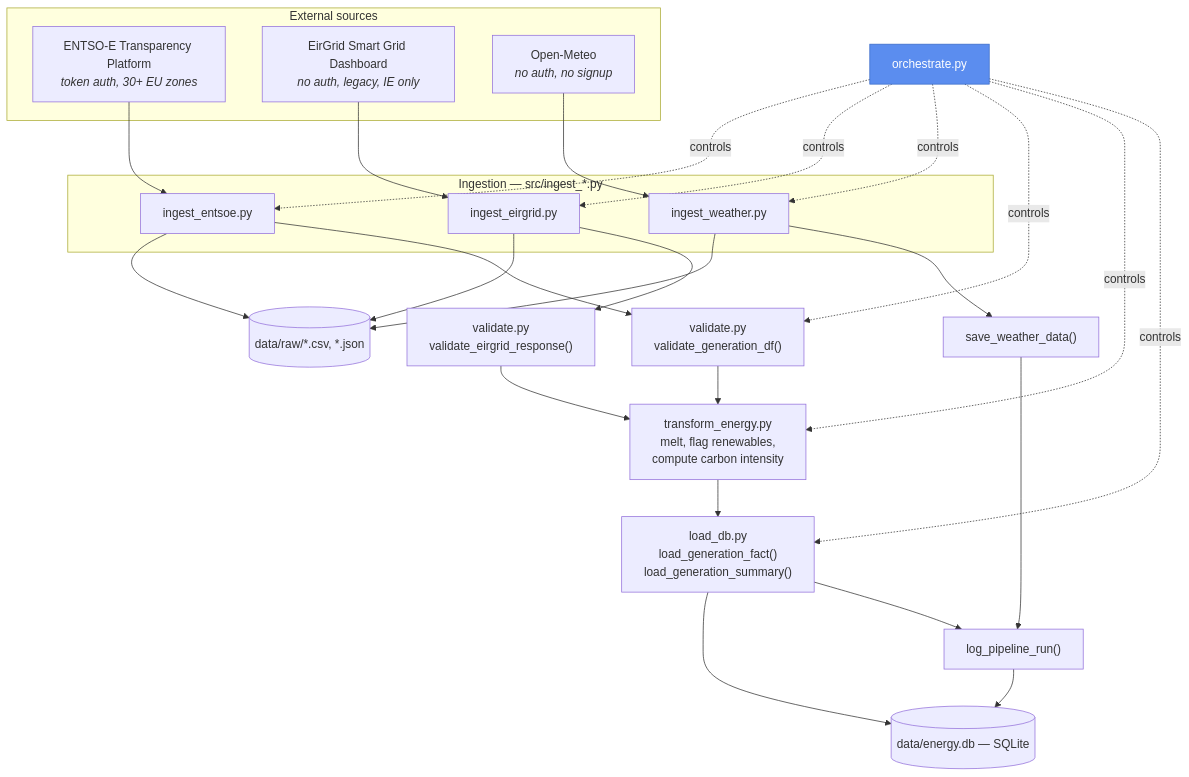
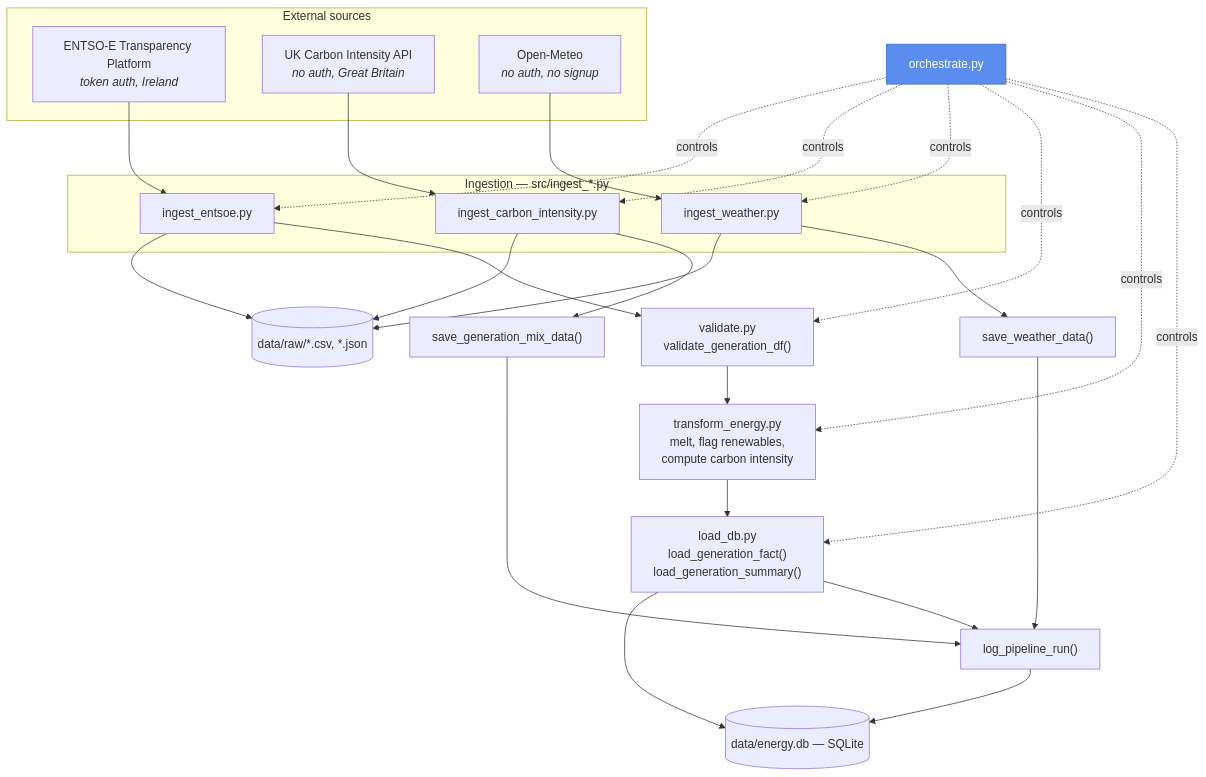
One commit to squirke1/energy-data-pipeline changed the second of 7 diagrams in docs/DIAGRAMS.md. Above: the diagram before and after it, drawn with Mermaid. The commit also changed other lines of this file and 11 other files, not shown here.

First line of the commit message:
feat: replace EirGrid with the UK Carbon Intensity API

````diff
--- a/docs/DIAGRAMS.md
+++ b/docs/DIAGRAMS.md
@@ -34,45 +34,44 @@
 ```mermaid
 flowchart TD
     subgraph ext["External sources"]
-        ENTSOE["ENTSO-E Transparency Platform<br/><i>token auth, 30+ EU zones</i>"]
-        EIRGRID["EirGrid Smart Grid Dashboard<br/><i>no auth, legacy, IE only</i>"]
+        ENTSOE["ENTSO-E Transparency Platform<br/><i>token auth, Ireland</i>"]
+        CARBON["UK Carbon Intensity API<br/><i>no auth, Great Britain</i>"]
         METEO["Open-Meteo<br/><i>no auth, no signup</i>"]
     end
 
     subgraph ingest["Ingestion — src/ingest_*.py"]
         I_ENTSOE["ingest_entsoe.py"]
-        I_EIRGRID["ingest_eirgrid.py"]
+        I_CARBON["ingest_carbon_intensity.py"]
         I_WEATHER["ingest_weather.py"]
     end
 
     ENTSOE --> I_ENTSOE
-    EIRGRID --> I_EIRGRID
+    CARBON --> I_CARBON
     METEO --> I_WEATHER
 
     I_ENTSOE --> RAW[("data/raw/*.csv, *.json")]
-    I_EIRGRID --> RAW
+    I_CARBON --> RAW
     I_WEATHER --> RAW
 
     I_ENTSOE --> VALIDATE["validate.py<br/>validate_generation_df()"]
-    I_EIRGRID --> VALIDATE2["validate.py<br/>validate_eirgrid_response()"]
+    VALIDATE --> TRANSFORM["transform_energy.py<br/>melt, flag renewables,<br/>compute carbon intensity"]
+    TRANSFORM --> LOAD["load_db.py<br/>load_generation_fact()<br/>load_generation_summary()"]
 
-    VALIDATE --> TRANSFORM["transform_energy.py<br/>melt, flag renewables,<br/>compute carbon intensity"]
-    VALIDATE2 --> TRANSFORM
-
-    TRANSFORM --> LOAD["load_db.py<br/>load_generation_fact()<br/>load_generation_summary()"]
-    I_WEATHER --> SAVE["save_weather_data()"]
+    I_CARBON --> SAVE_C["save_generation_mix_data()"]
+    I_WEATHER --> SAVE_W["save_weather_data()"]
 
     LOAD --> DB[("data/energy.db — SQLite")]
-    SAVE --> RUNLOG["log_pipeline_run()"]
+    SAVE_C --> RUNLOG["log_pipeline_run()"]
+    SAVE_W --> RUNLOG
     LOAD --> RUNLOG
     RUNLOG --> DB
 
     ORCH["orchestrate.py"]:::orch -.controls.-> I_ENTSOE
-    ORCH -.controls.-> I_EIRGRID
+    ORCH -.controls.-> I_CARBON
     ORCH -.controls.-> I_WEATHER
     ORCH -.controls.-> VALIDATE
     ORCH -.controls.-> TRANSFORM
     ORCH -.controls.-> LOAD
 
     classDef orch fill:#5b8def,color:#fff,stroke:#3a6bc7
 ```
````
